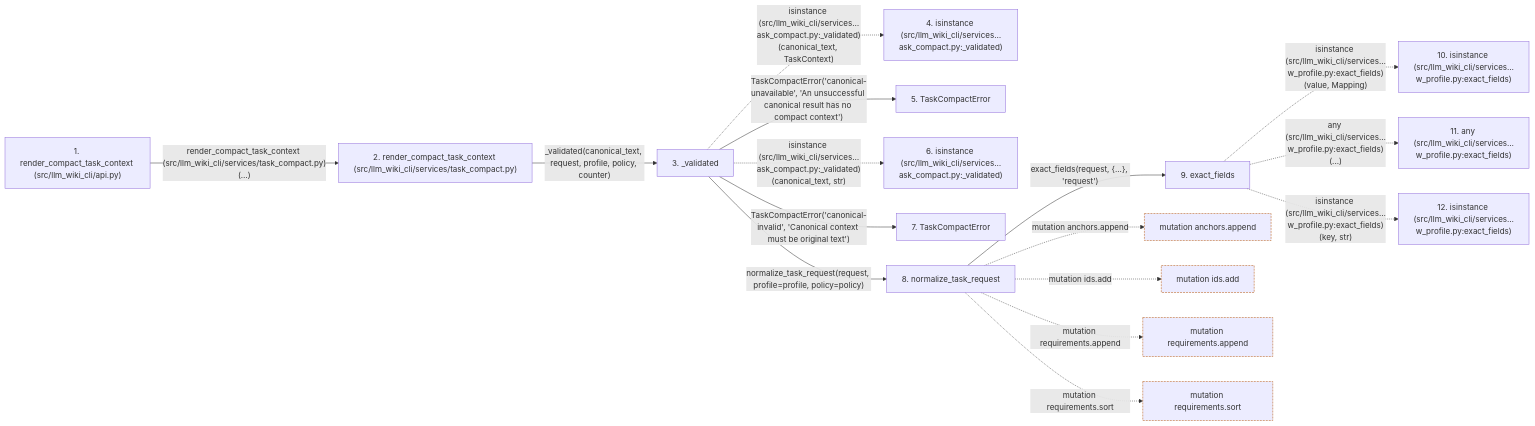
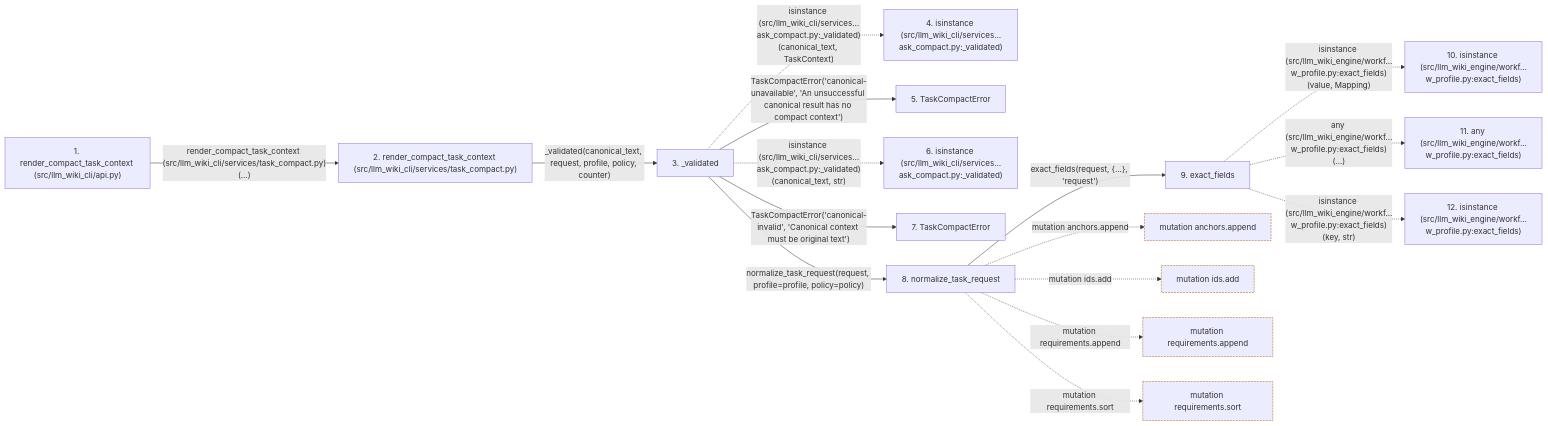
Before and after one commit to Denissvgn/python-wiki-llm: the second of 2 diagrams in docs/llm_wiki/flows/api-render_compact_task_context.md, drawn with Mermaid. The commit also changed other lines of this file and 1103 other files, not shown here.

First line of the commit message:
docs: refresh the wiki for the llm-wiki-engine distribution

````diff
--- a/docs/llm_wiki/flows/api-render_compact_task_context.md
+++ b/docs/llm_wiki/flows/api-render_compact_task_context.md
@@ -162,46 +162,46 @@
 ```mermaid
 flowchart LR
     s1["1. render_compact_task_context (src/llm_wiki_cli/api.py)"]
     s2["2. render_compact_task_context (src/llm_wiki_cli/services/task_compact.py)"]
     s3["3. _validated"]
     s4["4. isinstance (src/llm_wiki_cli/services…ask_compact.py:_validated)"]
     s5["5. TaskCompactError"]
     s6["6. isinstance (src/llm_wiki_cli/services…ask_compact.py:_validated)"]
     s7["7. TaskCompactError"]
     s8["8. normalize_task_request"]
     s9["9. exact_fields"]
-    s10["10. isinstance (src/llm_wiki_cli/services…w_profile.py:exact_fields)"]
-    s11["11. any (src/llm_wiki_cli/services…w_profile.py:exact_fields)"]
-    s12["12. isinstance (src/llm_wiki_cli/services…w_profile.py:exact_fields)"]
+    s10["10. isinstance (src/llm_wiki_engine/workf…w_profile.py:exact_fields)"]
+    s11["11. any (src/llm_wiki_engine/workf…w_profile.py:exact_fields)"]
+    s12["12. isinstance (src/llm_wiki_engine/workf…w_profile.py:exact_fields)"]
     s1 -->|"render_compact_task_context (src/llm_wiki_cli/services/task_compact.py)(…)"| s2
     s2 -->|"_validated(canonical_text, request, profile, policy, counter)"| s3
     s3 -. "isinstance (src/llm_wiki_cli/services…ask_compact.py:_validated)(canonical_text, TaskContext)" .-> s4
     s3 -->|"TaskCompactError('canonical-unavailable', 'An unsuccessful canonical result has no compact context')"| s5
     s3 -. "isinstance (src/llm_wiki_cli/services…ask_compact.py:_validated)(canonical_text, str)" .-> s6
     s3 -->|"TaskCompactError('canonical-invalid', 'Canonical context must be original text')"| s7
     s3 -->|"normalize_task_request(request, profile=profile, policy=policy)"| s8
     s8 -->|"exact_fields(request, {...}, 'request')"| s9
-    s9 -. "isinstance (src/llm_wiki_cli/services…w_profile.py:exact_fields)(value, Mapping)" .-> s10
-    s9 -. "any (src/llm_wiki_cli/services…w_profile.py:exact_fields)(...)" .-> s11
-    s9 -. "isinstance (src/llm_wiki_cli/services…w_profile.py:exact_fields)(key, str)" .-> s12
+    s9 -. "isinstance (src/llm_wiki_engine/workf…w_profile.py:exact_fields)(value, Mapping)" .-> s10
+    s9 -. "any (src/llm_wiki_engine/workf…w_profile.py:exact_fields)(...)" .-> s11
+    s9 -. "isinstance (src/llm_wiki_engine/workf…w_profile.py:exact_fields)(key, str)" .-> s12
     b0["mutation anchors.append"]
     s8 -. "mutation anchors.append" .-> b0
     b1["mutation ids.add"]
     s8 -. "mutation ids.add" .-> b1
     b2["mutation requirements.append"]
     s8 -. "mutation requirements.append" .-> b2
     b3["mutation requirements.sort"]
     s8 -. "mutation requirements.sort" .-> b3
     click s1 "../modules/api.md"
     click s2 "../modules/task_compact.md"
     click s3 "../modules/task_compact.md"
     click s5 "../modules/task_compact.md"
     click s7 "../modules/task_compact.md"
     click s8 "../modules/task_contract.md"
     click s9 "../modules/workflow_profile.md"
     classDef boundary stroke:#b45309,stroke-dasharray: 4 2
     class b0 boundary
     class b1 boundary
     class b2 boundary
     class b3 boundary
 ```
````
